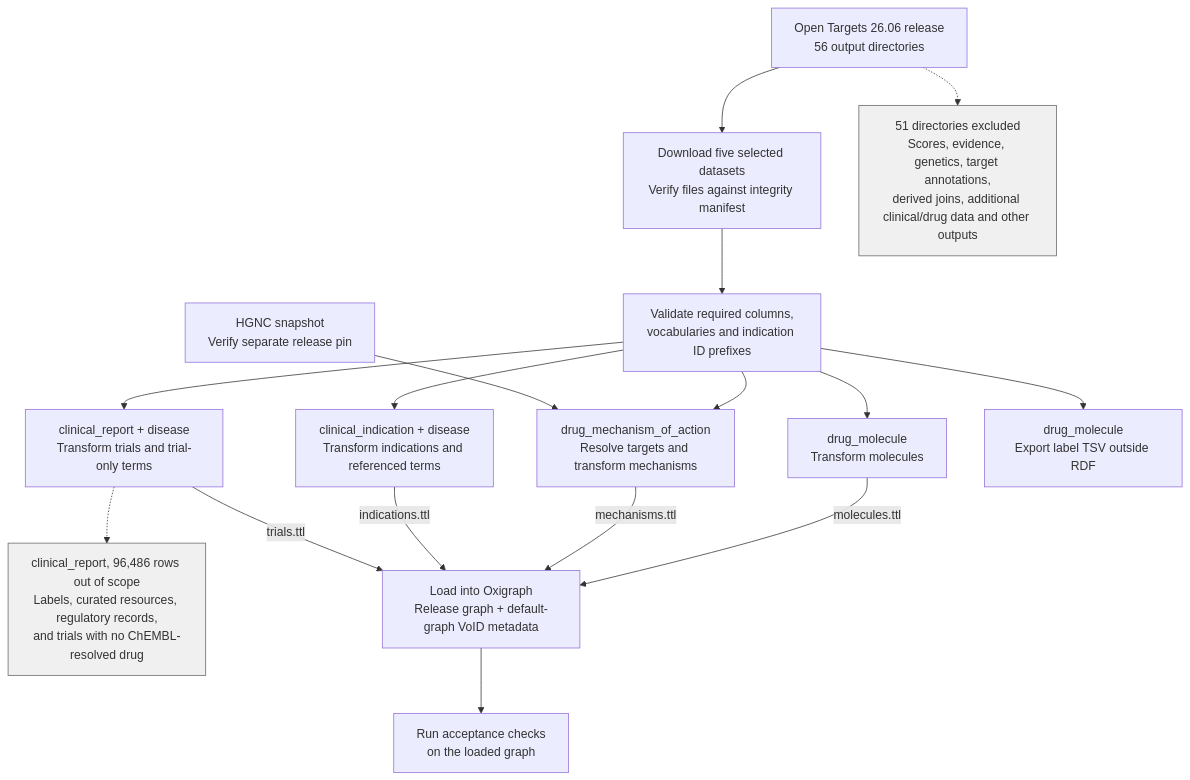
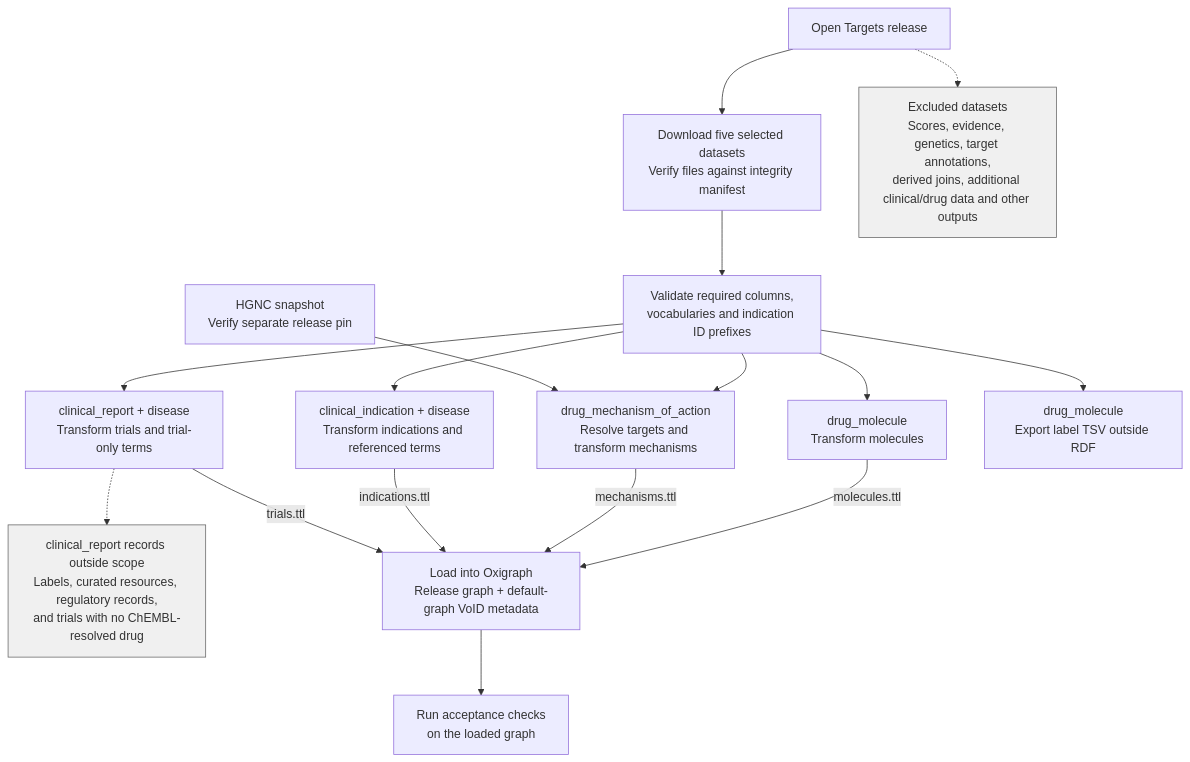
The diagram in opentargets/DESIGN.md (Sage-Bionetworks/sagebrain-tap), drawn with Mermaid before and after one commit. The commit also changed other lines of this file and 9 other files, not shown here.

````diff
--- a/opentargets/DESIGN.md
+++ b/opentargets/DESIGN.md
@@ -76,37 +71,37 @@
 ```mermaid
 flowchart TD
-    release["Open Targets 26.06 release<br/>56 output directories"]
+    release["Open Targets release"]
     selected["Download five selected datasets<br/>Verify files against integrity manifest"]
     gate["Validate required columns,<br/>vocabularies and indication ID prefixes"]
-    omitted["51 directories excluded<br/>Scores, evidence, genetics, target annotations,<br/>derived joins, additional clinical/drug data and other outputs"]
+    omitted["Excluded datasets<br/>Scores, evidence, genetics, target annotations,<br/>derived joins, additional clinical/drug data and other outputs"]
 
     release --> selected --> gate
     release -.-> omitted
 
     molecules["drug_molecule<br/>Transform molecules"]
     mechanisms["drug_mechanism_of_action<br/>Resolve targets and transform mechanisms"]
     indications["clinical_indication + disease<br/>Transform indications and referenced terms"]
     trials["clinical_report + disease<br/>Transform trials and trial-only terms"]
-    dropped["clinical_report, 96,486 rows out of scope<br/>Labels, curated resources, regulatory records,<br/>and trials with no ChEMBL-resolved drug"]
+    dropped["clinical_report records outside scope<br/>Labels, curated resources, regulatory records,<br/>and trials with no ChEMBL-resolved drug"]
     hgnc["HGNC snapshot<br/>Verify separate release pin"]
     labels["drug_molecule<br/>Export label TSV outside RDF"]
 
     gate --> molecules
     gate --> mechanisms
     gate --> indications
     gate --> trials
     gate --> labels
     trials -.-> dropped
     hgnc --> mechanisms
 
     load["Load into Oxigraph<br/>Release graph + default-graph VoID metadata"]
     molecules -->|molecules.ttl| load
     mechanisms -->|mechanisms.ttl| load
     indications -->|indications.ttl| load
     trials -->|trials.ttl| load
     load --> checks["Run acceptance checks<br/>on the loaded graph"]
 
     classDef excluded fill:#f0f0f0,stroke:#666,color:#333;
     class omitted excluded;
     class dropped excluded;
 ```
````
